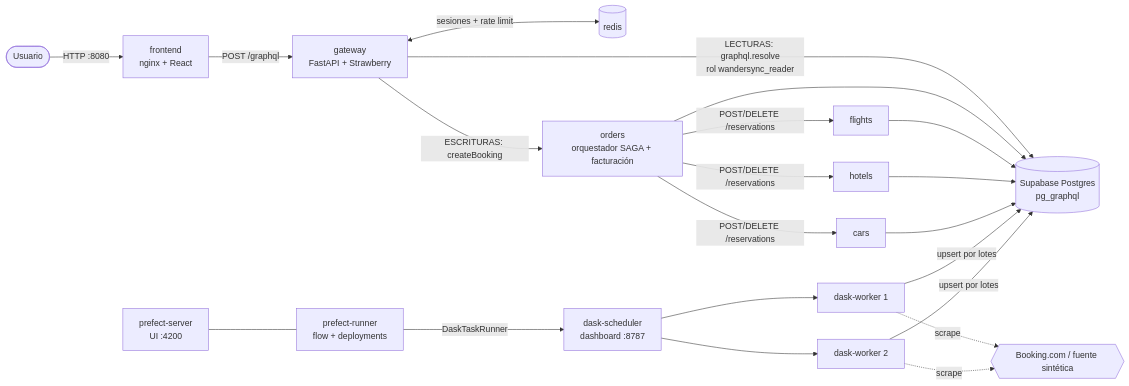
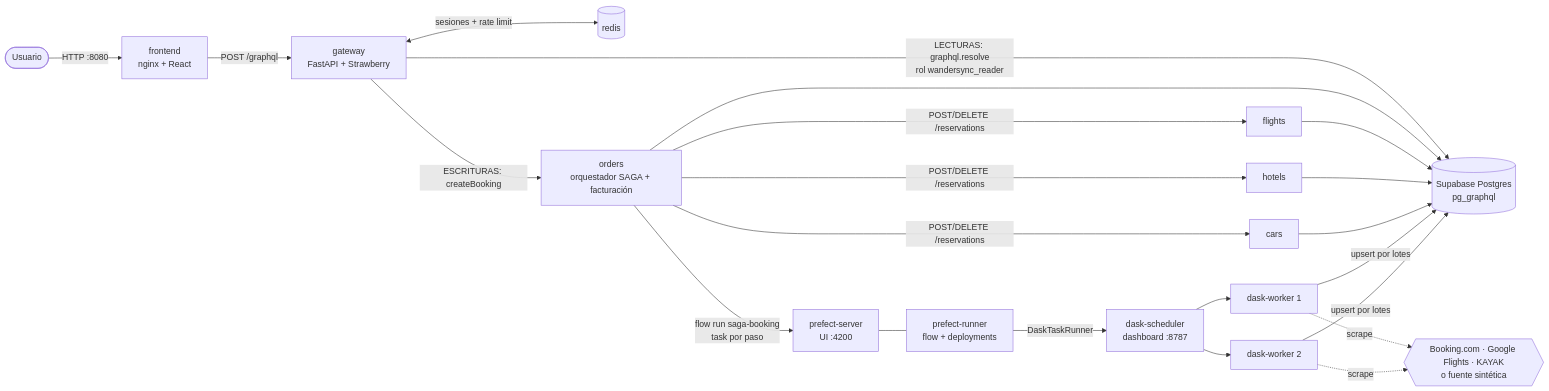
Before and after one commit to Wax-01/Parcial-TravelSolutions: the first of 6 diagrams in docs/arquitectura.md, drawn with Mermaid. The commit also changed other lines of this file and 18 other files, not shown here.

````diff
--- a/docs/arquitectura.md
+++ b/docs/arquitectura.md
@@ -18,24 +18,25 @@
 ```mermaid
 flowchart LR
     U([Usuario]) -->|HTTP :8080| FE[frontend<br/>nginx + React]
     FE -->|POST /graphql| GW[gateway<br/>FastAPI + Strawberry]
     GW <-->|sesiones + rate limit| R[(redis)]
     GW -->|LECTURAS: graphql.resolve<br/>rol wandersync_reader| SB[(Supabase Postgres<br/>pg_graphql)]
     GW -->|ESCRITURAS: createBooking| OR[orders<br/>orquestador SAGA + facturación]
+    OR -->|flow run saga-booking<br/>task por paso| PS
     OR -->|POST/DELETE /reservations| FL[flights]
     OR -->|POST/DELETE /reservations| HO[hotels]
     OR -->|POST/DELETE /reservations| CA[cars]
     OR --> SB
     FL --> SB
     HO --> SB
     CA --> SB
 
     PS[prefect-server<br/>UI :4200] --- PR[prefect-runner<br/>flow + deployments]
     PR -->|DaskTaskRunner| DS[dask-scheduler<br/>dashboard :8787]
     DS --> DW1[dask-worker 1]
     DS --> DW2[dask-worker 2]
     DW1 -->|upsert por lotes| SB
     DW2 -->|upsert por lotes| SB
-    DW1 -.->|scrape| EXT{{Booking.com / fuente sintética}}
+    DW1 -.->|scrape| EXT{{Booking.com · Google Flights · KAYAK<br/>o fuente sintética}}
     DW2 -.->|scrape| EXT
 ```
````
